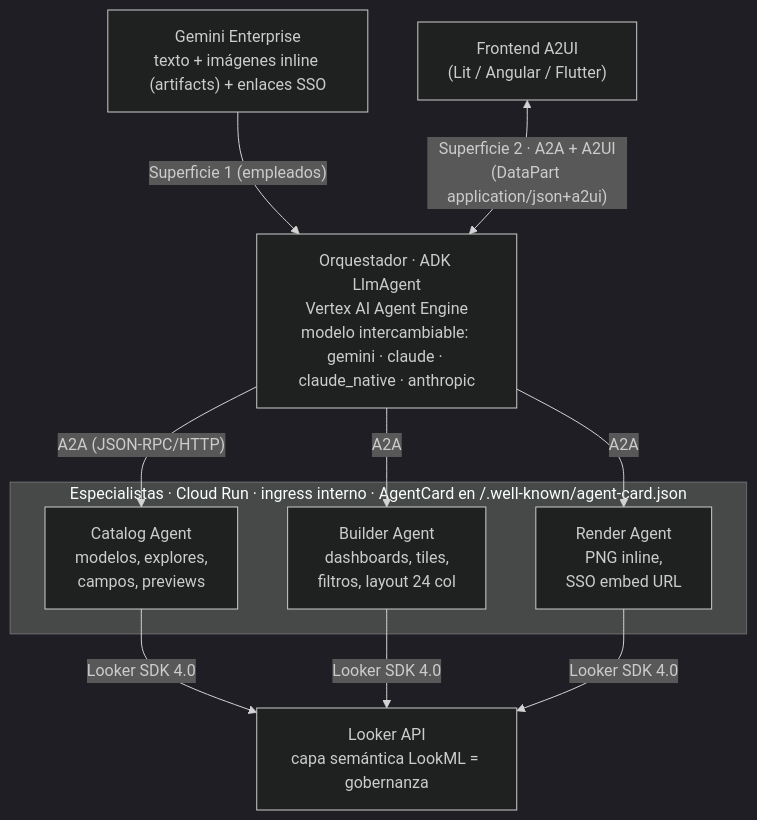
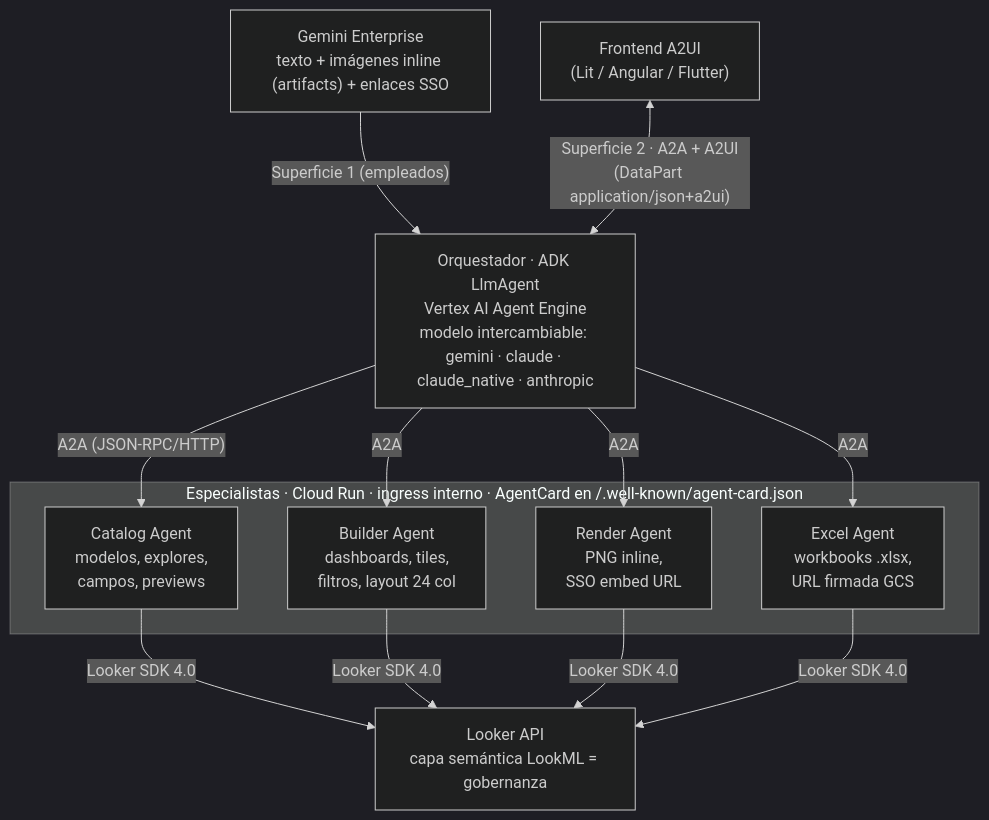
Before and after one commit to joseimj/bi-selfservice-agents: the first of 2 diagrams in README.md, drawn with Mermaid (dark theme). The commit also changed other lines of this file and 20 other files, not shown here.

````diff
--- a/README.md
+++ b/README.md
@@ -35,24 +35,27 @@
 ```mermaid
 flowchart TB
     GE["Gemini Enterprise<br/>texto + imágenes inline (artifacts) + enlaces SSO"]
     FE["Frontend A2UI<br/>(Lit / Angular / Flutter)"]
     ORQ["Orquestador · ADK LlmAgent<br/>Vertex AI Agent Engine<br/>modelo intercambiable: gemini · claude · claude_native · anthropic"]
 
     GE -- "Superficie 1 (empleados)" --> ORQ
     FE <-->|"Superficie 2 · A2A + A2UI<br/>(DataPart application/json+a2ui)"| ORQ
 
     subgraph ESP["Especialistas · Cloud Run · ingress interno · AgentCard en /.well-known/agent-card.json"]
         CAT["Catalog Agent<br/>modelos, explores,<br/>campos, previews"]
         BLD["Builder Agent<br/>dashboards, tiles,<br/>filtros, layout 24 col"]
         RND["Render Agent<br/>PNG inline,<br/>SSO embed URL"]
+        XLS["Excel Agent<br/>workbooks .xlsx,<br/>URL firmada GCS"]
     end
 
     ORQ -- "A2A (JSON-RPC/HTTP)" --> CAT
     ORQ -- "A2A" --> BLD
     ORQ -- "A2A" --> RND
+    ORQ -- "A2A" --> XLS
 
     LKR["Looker API<br/>capa semántica LookML = gobernanza"]
     CAT -- "Looker SDK 4.0" --> LKR
     BLD -- "Looker SDK 4.0" --> LKR
     RND -- "Looker SDK 4.0" --> LKR
+    XLS -- "Looker SDK 4.0" --> LKR
 ```
````
